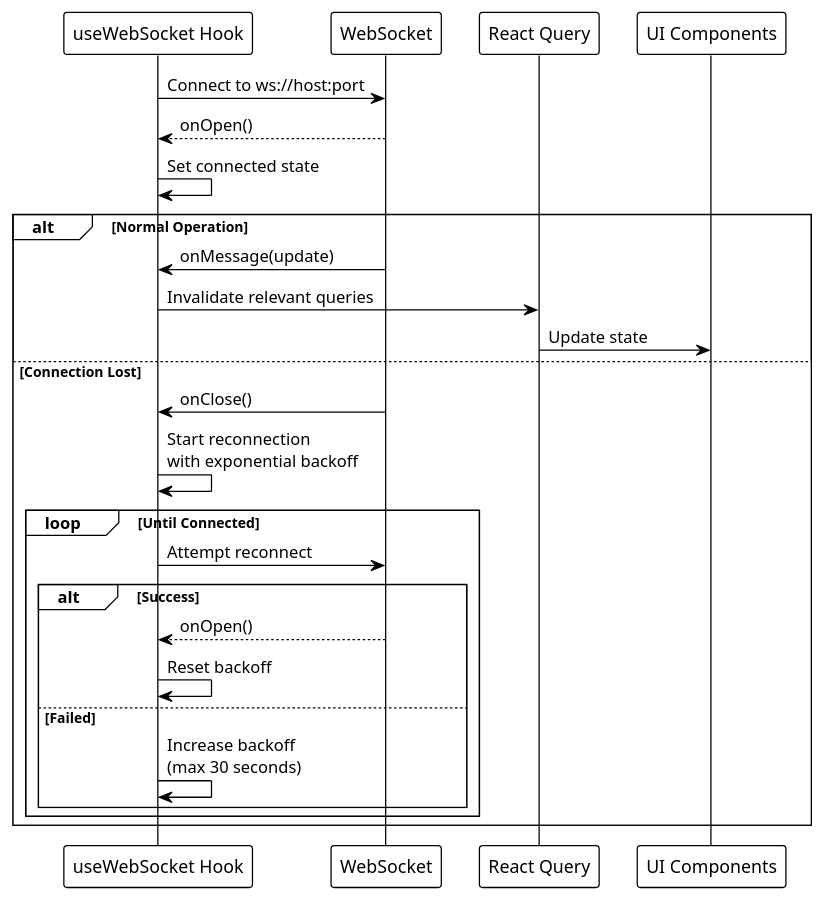
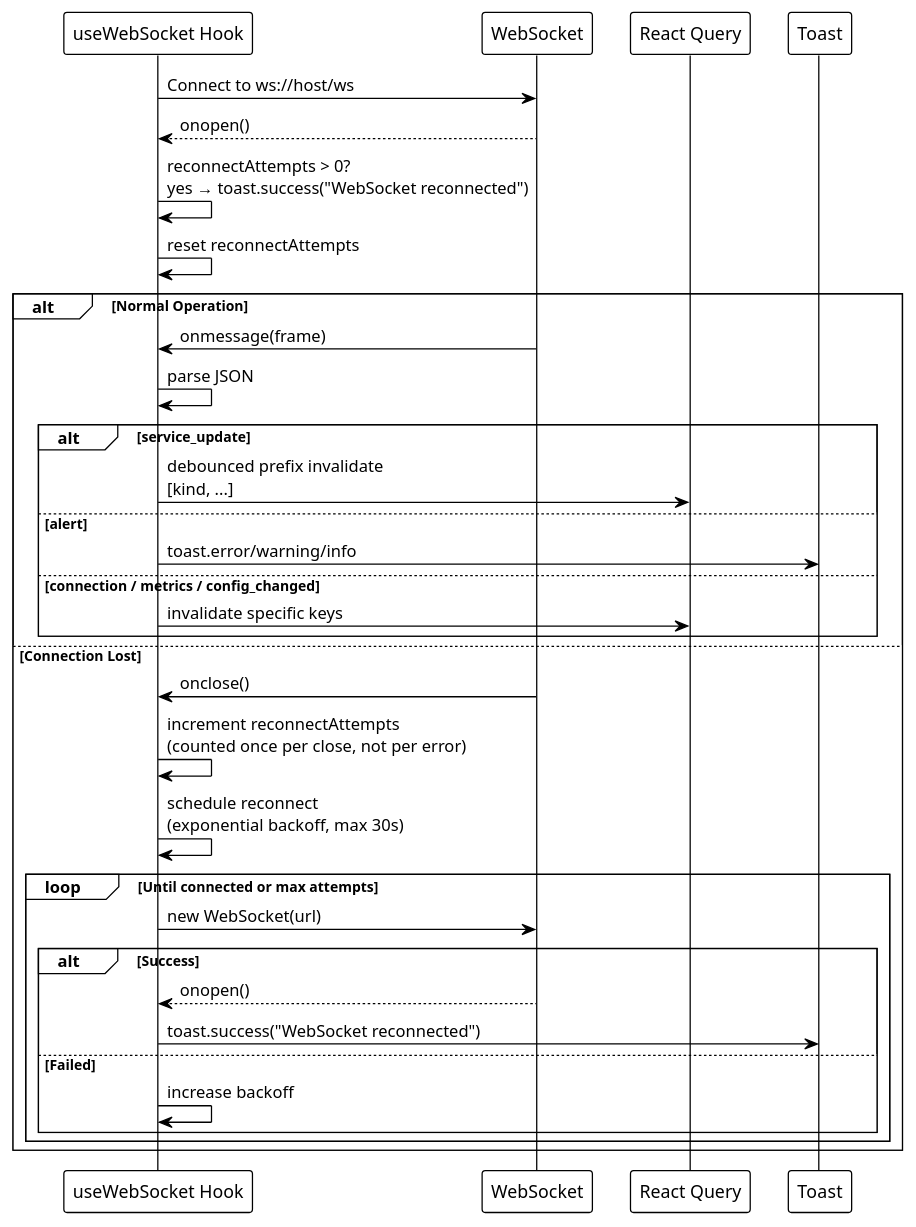
Before and after one commit to EraPartner/Watchman: the third of 3 diagrams in docs/features/real-time-updates.md, drawn with PlantUML. The commit also changed other lines of this file and 26 other files, not shown here.

````diff
--- a/docs/features/real-time-updates.md
+++ b/docs/features/real-time-updates.md
@@ -196,33 +227,42 @@
 ```plantuml
 @startuml
 !theme plain
 
 participant "useWebSocket Hook" as Hook
 participant "WebSocket" as WS
 participant "React Query" as Query
-participant "UI Components" as UI
+participant "Toast" as Toast
 
-Hook -> WS : Connect to ws://host:port
-WS --> Hook : onOpen()
-Hook -> Hook : Set connected state
+Hook -> WS : Connect to ws://host/ws
+WS --> Hook : onopen()
+Hook -> Hook : reconnectAttempts > 0?\nyes → toast.success("WebSocket reconnected")
+Hook -> Hook : reset reconnectAttempts
 
 alt Normal Operation
-    WS -> Hook : onMessage(update)
-    Hook -> Query : Invalidate relevant queries
-    Query -> UI : Update state
+    WS -> Hook : onmessage(frame)
+    Hook -> Hook : parse JSON
+
+    alt service_update
+        Hook -> Query : debounced prefix invalidate\n[kind, ...]
+    else alert
+        Hook -> Toast : toast.error/warning/info
+    else connection / metrics / config_changed
+        Hook -> Query : invalidate specific keys
+    end
 else Connection Lost
-    WS -> Hook : onClose()
-    Hook -> Hook : Start reconnection\nwith exponential backoff
+    WS -> Hook : onclose()
+    Hook -> Hook : increment reconnectAttempts\n(counted once per close, not per error)
+    Hook -> Hook : schedule reconnect\n(exponential backoff, max 30s)
 
-    loop Until Connected
-        Hook -> WS : Attempt reconnect
+    loop Until connected or max attempts
+        Hook -> WS : new WebSocket(url)
         alt Success
-            WS --> Hook : onOpen()
-            Hook -> Hook : Reset backoff
+            WS --> Hook : onopen()
+            Hook -> Toast : toast.success("WebSocket reconnected")
         else Failed
-            Hook -> Hook : Increase backoff\n(max 30 seconds)
+            Hook -> Hook : increase backoff
         end
     end
 end
 @enduml
 ```
````
